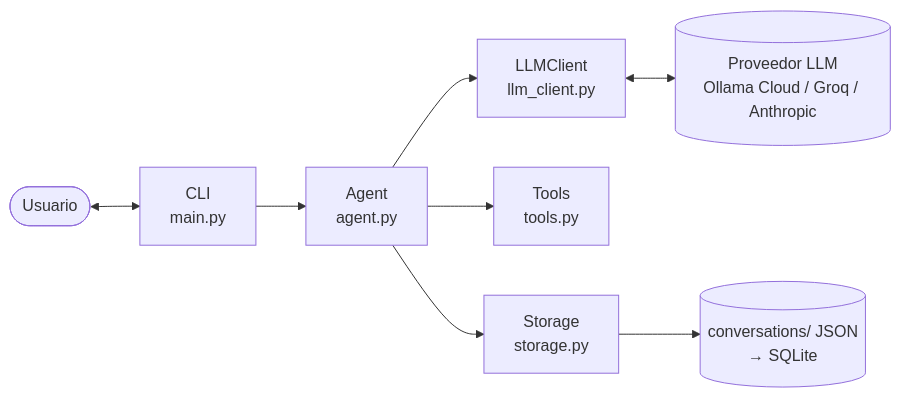
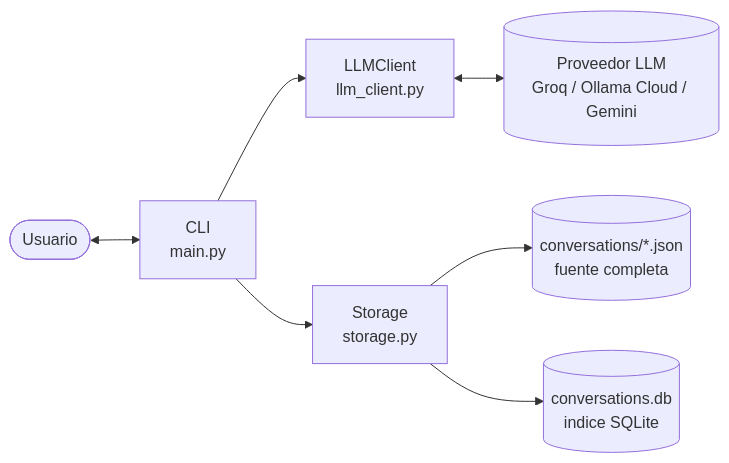
Before and after one commit to Jordiprof/Reto: the diagram in docs/E2_Arquitectura.md, drawn with Mermaid. The commit also changed other lines of this file and 3 other files, not shown here.

````diff
--- a/docs/E2_Arquitectura.md
+++ b/docs/E2_Arquitectura.md
@@ -8,10 +11,9 @@
 ```mermaid
 flowchart LR
     U([Usuario]) <--> CLI[CLI<br/>main.py]
-    CLI --> AG[Agent<br/>agent.py]
-    AG --> LLM[LLMClient<br/>llm_client.py]
-    LLM <--> PROV[(Proveedor LLM<br/>Ollama Cloud / Groq / Anthropic)]
-    AG --> TOOLS[Tools<br/>tools.py]
-    AG --> ST[Storage<br/>storage.py]
-    ST --> FS[(conversations/ JSON<br/>→ SQLite)]
+    CLI --> LLM[LLMClient<br/>llm_client.py]
+    LLM <--> PROV[(Proveedor LLM<br/>Groq / Ollama Cloud / Gemini)]
+    CLI --> ST[Storage<br/>storage.py]
+    ST --> JSON[(conversations/*.json<br/>fuente completa)]
+    ST --> DB[(conversations.db<br/>indice SQLite)]
 ```
````
